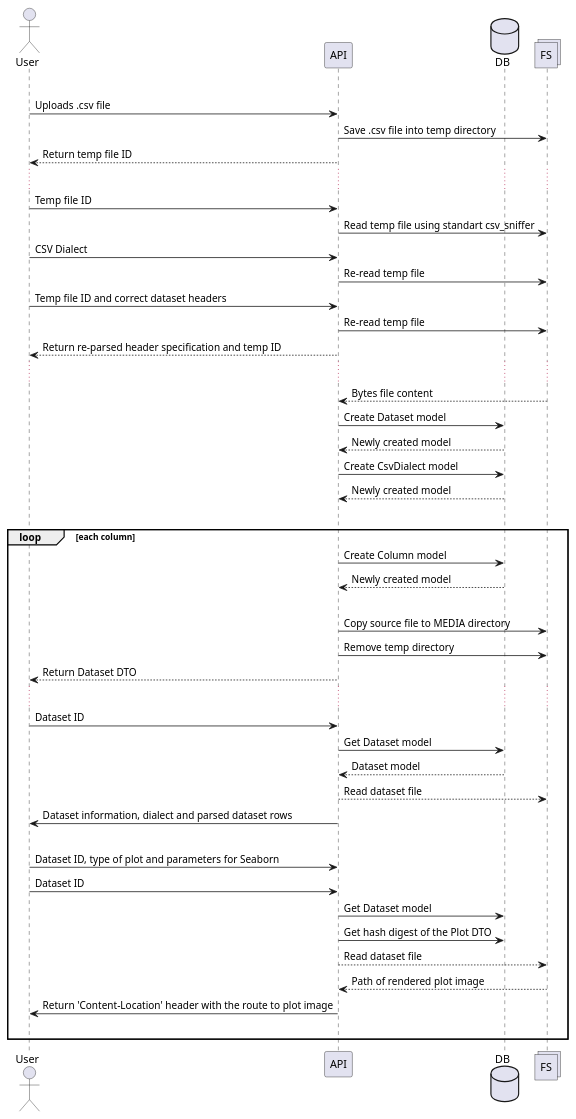
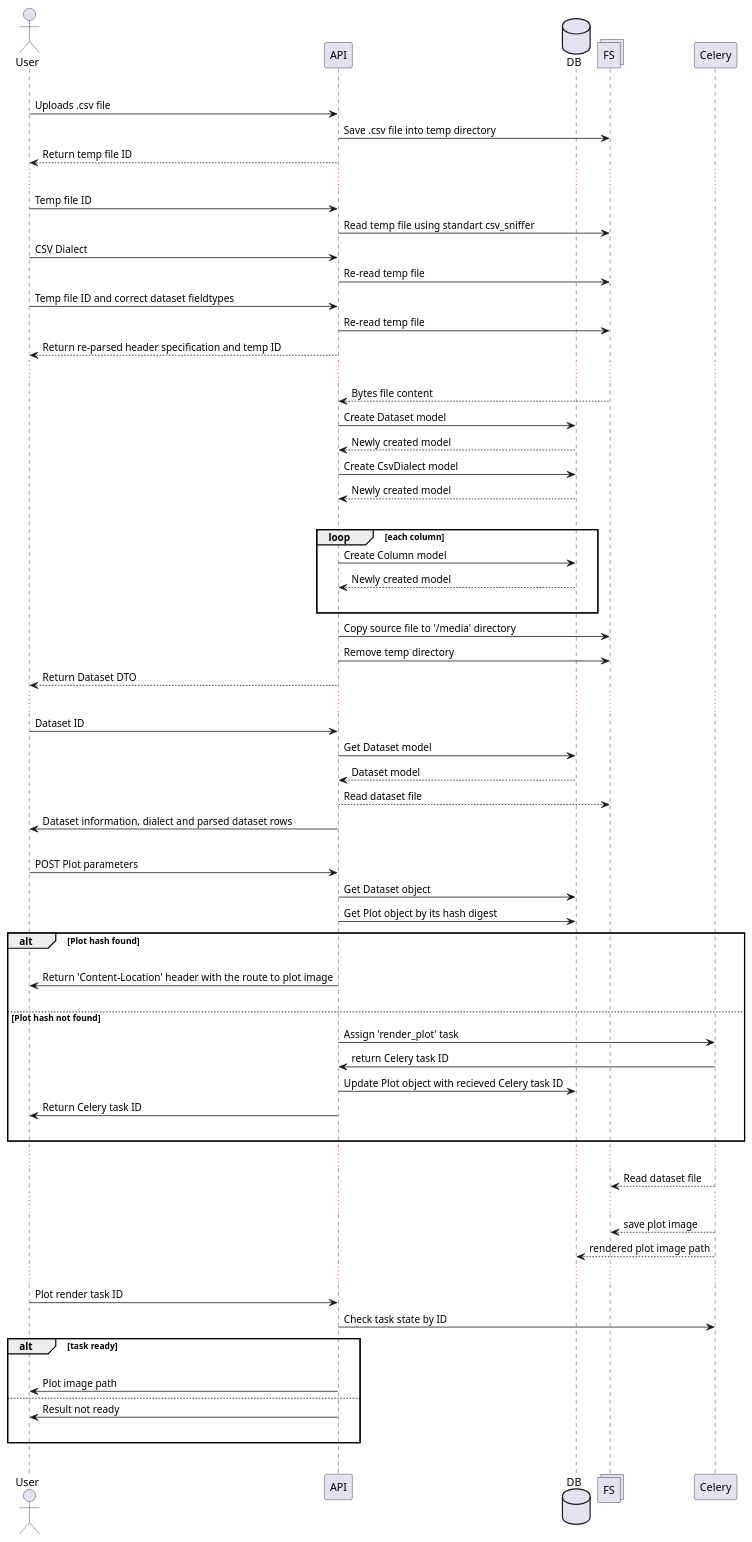
Before and after one commit to igorvoltaic/edat: the diagram in docs/flow.puml, drawn with PlantUML. The commit also changed 8 other files, not shown here.

```diff
--- a/docs/flow.puml
+++ b/docs/flow.puml
@@ -1,48 +1,71 @@
 @startuml
 actor User
 participant API
 database DB
 collections FS
+participant Celery
 |||
 User -> API: Uploads .csv file
 API -> FS: Save .csv file into temp directory
 API --> User: Return temp file ID
 ...
 User -> API: Temp file ID
 API -> FS: Read temp file using standart csv_sniffer
 User -> API: CSV Dialect 
 API -> FS: Re-read temp file
-User -> API: Temp file ID and correct dataset headers
+User -> API: Temp file ID and correct dataset fieldtypes
 API -> FS: Re-read temp file
 API --> User: Return re-parsed header specification and temp ID
 ...
 FS --> API: Bytes file content
 API -> DB: Create Dataset model
 DB --> API: Newly created model
 API -> DB: Create CsvDialect model
 DB --> API: Newly created model
 |||
 loop each column
     API -> DB: Create Column model
     DB --> API: Newly created model
     |||
-API -> FS: Copy source file to MEDIA directory
+end
+API -> FS: Copy source file to '/media' directory
 API -> FS: Remove temp directory
 API --> User: Return Dataset DTO
 ...
 User -> API: Dataset ID
 API -> DB: Get Dataset model
 DB --> API: Dataset model
 API --> FS: Read dataset file
 API -> User: Dataset information, dialect and parsed dataset rows
 |||
-User -> API: Dataset ID, type of plot and parameters for Seaborn
-User -> API: Dataset ID
-API -> DB: Get Dataset model
-API -> DB: Get hash digest of the Plot DTO
-API --> FS: Read dataset file
-FS --> API: Path of rendered plot image
+User -> API: POST Plot parameters 
+API -> DB: Get Dataset object
+API -> DB: Get Plot object by its hash digest
+alt Plot hash found
+|||
 API -> User: Return 'Content-Location' header with the route to plot image
 |||
+else Plot hash not found
+API -> Celery: Assign 'render_plot' task
+Celery -> API: return Celery task ID
+API -> DB: Update Plot object with recieved Celery task ID
+API -> User: Return Celery task ID
+|||
 end
+...
+Celery --> FS: Read dataset file
+...
+Celery --> FS: save plot image
+Celery --> DB: rendered plot image path
+...
+User -> API: Plot render task ID
+API -> Celery: Check task state by ID
+alt task ready
+|||
+API -> User: Plot image path 
+else
+API -> User: Result not ready
+|||
+end
+|||
 @enduml
```
